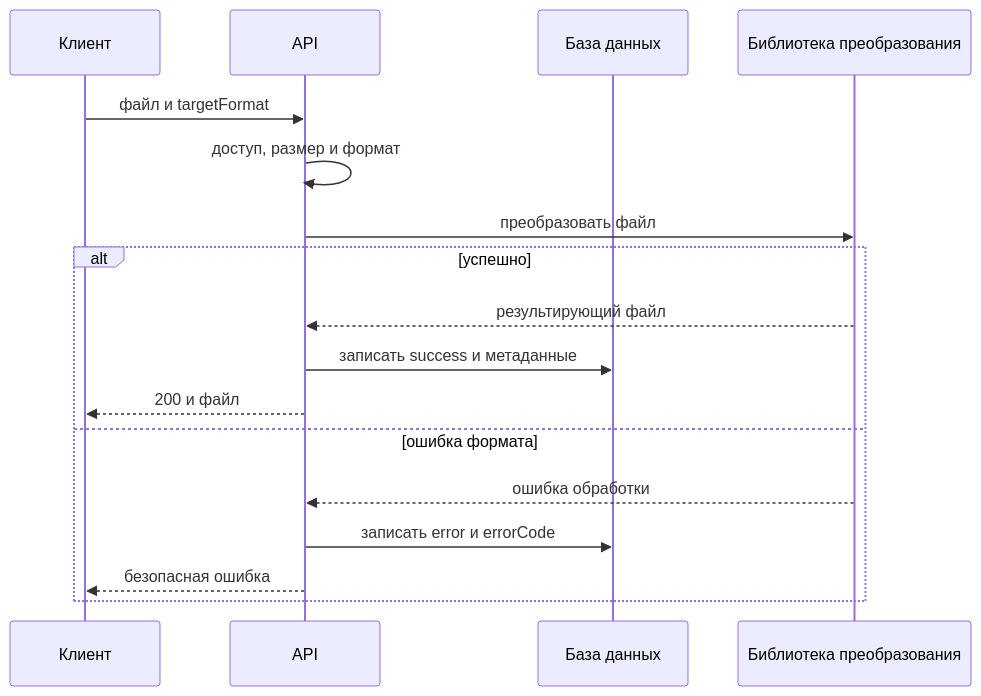
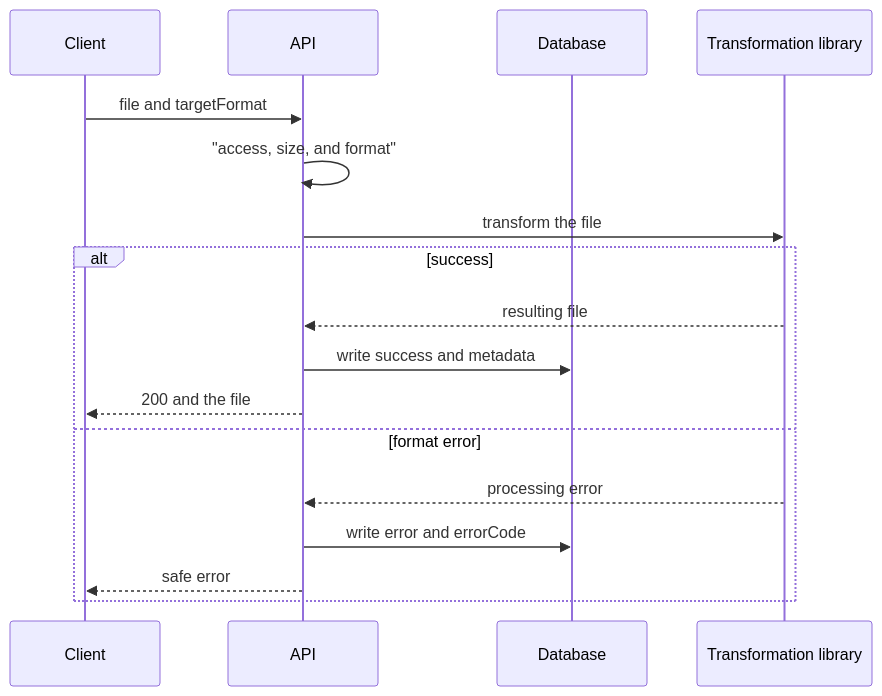
The first of 2 diagrams in courses-content/backend/A/1/en/4.2.0 Общие требования к трансформации файлов.md (pavel-skripko-innowise/inno-fe-be-a1), drawn with Mermaid before and after one commit. The commit also changed other lines of this file and 35 other files, not shown here.

````diff
--- a/courses-content/backend/A/1/en/4.2.0 Общие требования к трансформации файлов.md
+++ b/courses-content/backend/A/1/en/4.2.0 Общие требования к трансформации файлов.md
@@ -35,19 +35,19 @@
 ```mermaid
 sequenceDiagram
-  participant C as Клиент
+  participant C as Client
   participant A as API
-  participant D as База данных
-  participant T as Библиотека преобразования
-  C->>A: файл и targetFormat
-  A->>A: доступ, размер и формат
-  A->>T: преобразовать файл
-  alt успешно
-    T-->>A: результирующий файл
-    A->>D: записать success и метаданные
-    A-->>C: 200 и файл
-  else ошибка формата
-    T-->>A: ошибка обработки
-    A->>D: записать error и errorCode
-    A-->>C: безопасная ошибка
+  participant D as Database
+  participant T as Transformation library
+  C->>A: file and targetFormat
+  A->>A: "access, size, and format"
+  A->>T: transform the file
+  alt success
+    T-->>A: resulting file
+    A->>D: write success and metadata
+    A-->>C: 200 and the file
+  else format error
+    T-->>A: processing error
+    A->>D: write error and errorCode
+    A-->>C: safe error
   end
 ```
````
